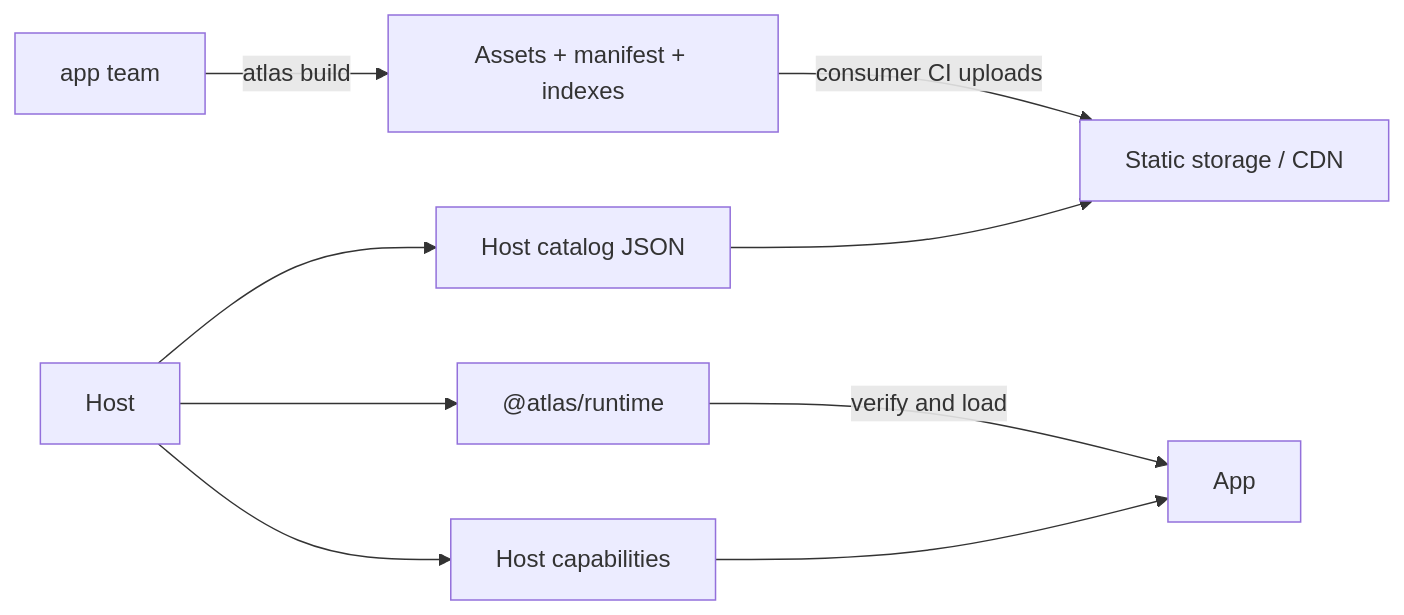
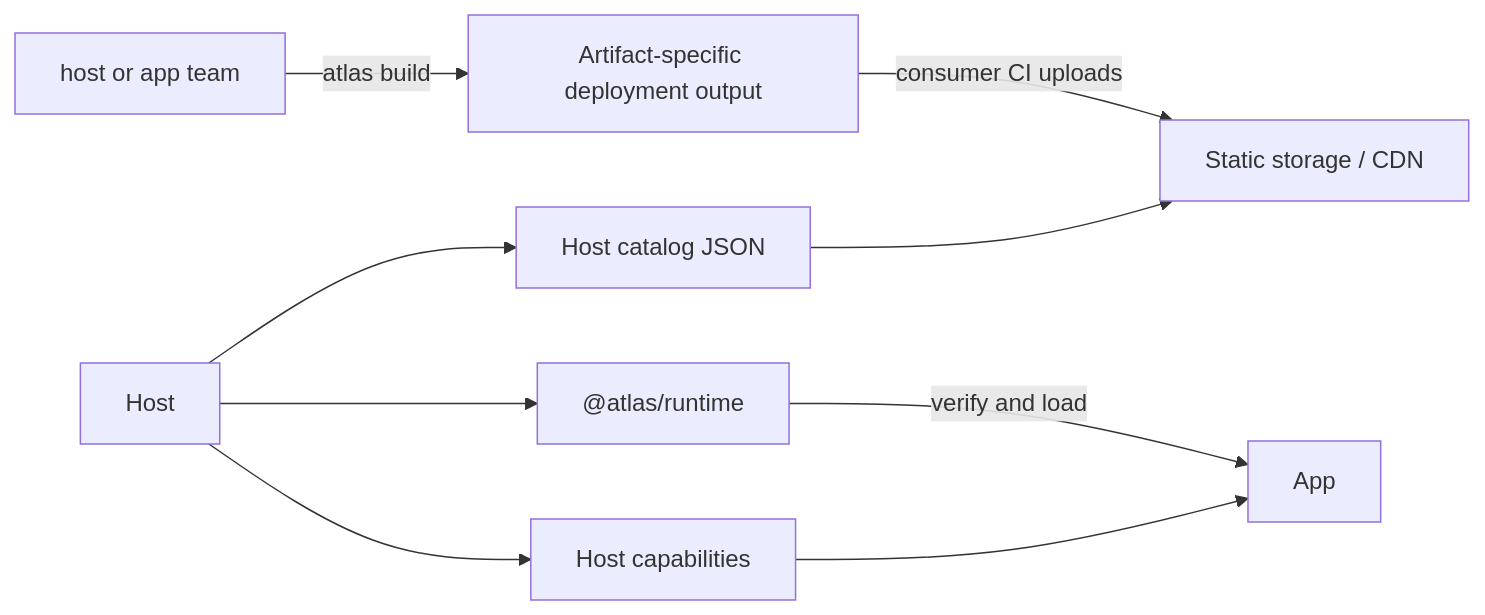
One commit to bendaj11/atlas changed the diagram in README.md. Above: the diagram before and after it, drawn with Mermaid. The commit also changed 46 other files, not shown here.

````diff
--- a/README.md
+++ b/README.md
@@ -54,11 +54,11 @@
 ```mermaid
 flowchart LR
-  Team["app team"] -->|"atlas build"| Output["Assets + manifest + indexes"]
+  Team["host or app team"] -->|"atlas build"| Output["Artifact-specific deployment output"]
   Output -->|"consumer CI uploads"| CDN["Static storage / CDN"]
   Host["Host"] --> Catalog["Host catalog JSON"]
   Catalog --> CDN
   Host --> Runtime["@atlas/runtime"]
   Runtime -->|"verify and load"| app["App"]
   Host --> SDK["Host capabilities"]
   SDK --> app
 ```
````
